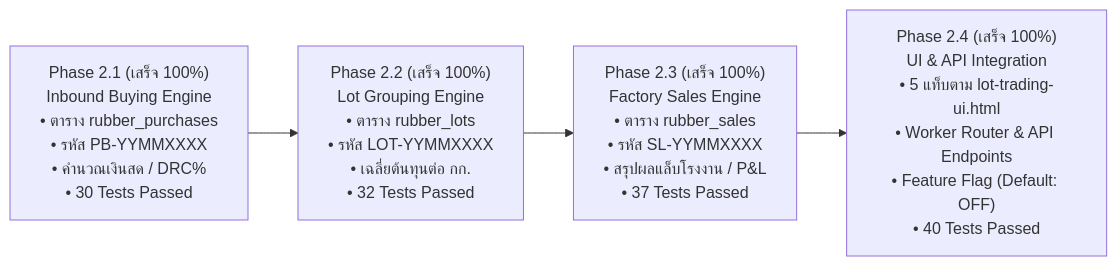
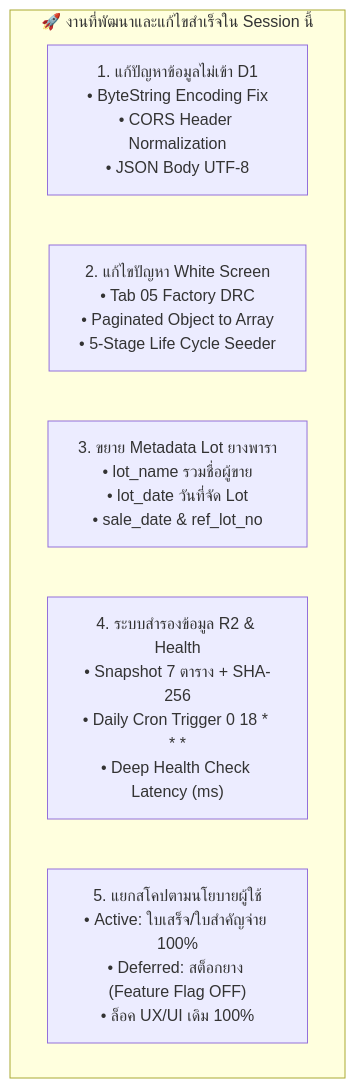
Before and after one commit to beemcr73327-ux/receipt-app: the diagram in progress.md, drawn with Mermaid. The commit also changed other lines of this file and 1 other file, not shown here.

Commit message:
docs: update PRD v5.1 and progress.md with active financial scope and complete Phase 3

````diff
--- a/progress.md
+++ b/progress.md
@@ -15,6 +16,10 @@
 ```mermaid
-graph LR
-    P21["Phase 2.1 (เสร็จ 100%)<br>Inbound Buying Engine<br>• ตาราง rubber_purchases<br>• รหัส PB-YYMMXXXX<br>• คำนวณเงินสด / DRC%<br>• 30 Tests Passed"] --> P22["Phase 2.2 (เสร็จ 100%)<br>Lot Grouping Engine<br>• ตาราง rubber_lots<br>• รหัส LOT-YYMMXXXX<br>• เฉลี่ยต้นทุนต่อ กก.<br>• 32 Tests Passed"]
-    P22 --> P23["Phase 2.3 (เสร็จ 100%)<br>Factory Sales Engine<br>• ตาราง rubber_sales<br>• รหัส SL-YYMMXXXX<br>• สรุปผลแล็บโรงงาน / P&L<br>• 37 Tests Passed"]
-    P23 --> P24["Phase 2.4 (เสร็จ 100%)<br>UI & API Integration<br>• 5 แท็บตาม lot-trading-ui.html<br>• Worker Router & API Endpoints<br>• Feature Flag (Default: OFF)<br>• 40 Tests Passed"]
+graph TD
+    subgraph SessionWork["🚀 งานที่พัฒนาและแก้ไขสำเร็จใน Session นี้"]
+        F1["1. แก้ปัญหาข้อมูลไม่เข้า D1<br>• ByteString Encoding Fix<br>• CORS Header Normalization<br>• JSON Body UTF-8"]
+        F2["2. แก้ไขปัญหา White Screen<br>• Tab 05 Factory DRC<br>• Paginated Object to Array<br>• 5-Stage Life Cycle Seeder"]
+        F3["3. ขยาย Metadata Lot ยางพารา<br>• lot_name รวมชื่อผู้ขาย<br>• lot_date วันที่จัด Lot<br>• sale_date & ref_lot_no"]
+        F4["4. ระบบสำรองข้อมูล R2 & Health<br>• Snapshot 7 ตาราง + SHA-256<br>• Daily Cron Trigger 0 18 * * *<br>• Deep Health Check Latency (ms)"]
+        F5["5. แยกสโคปตามนโยบายผู้ใช้<br>• Active: ใบเสร็จ/ใบสำคัญจ่าย 100%<br>• Deferred: สต็อกยาง (Feature Flag OFF)<br>• ล็อค UX/UI เดิม 100%"]
+    end
 ```
````
